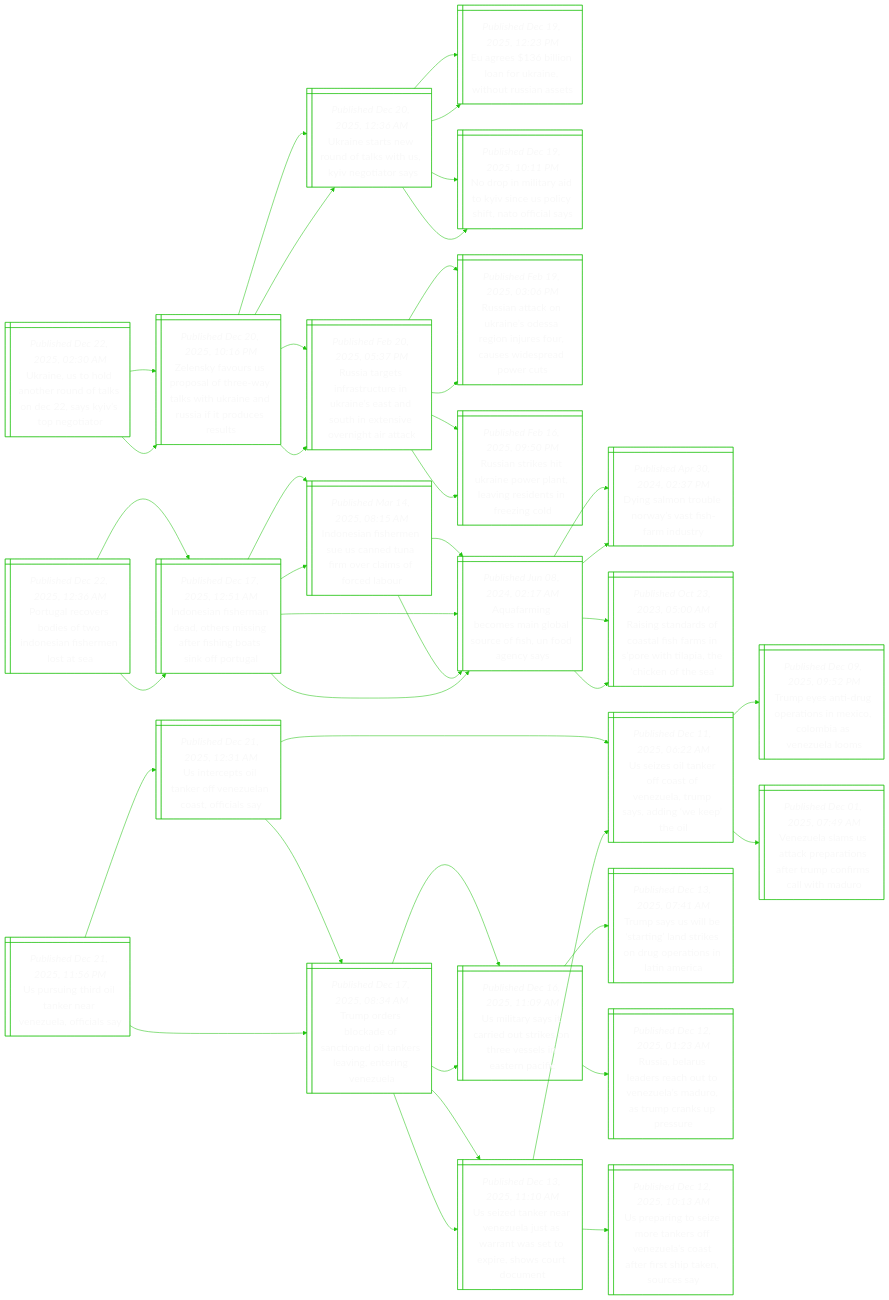
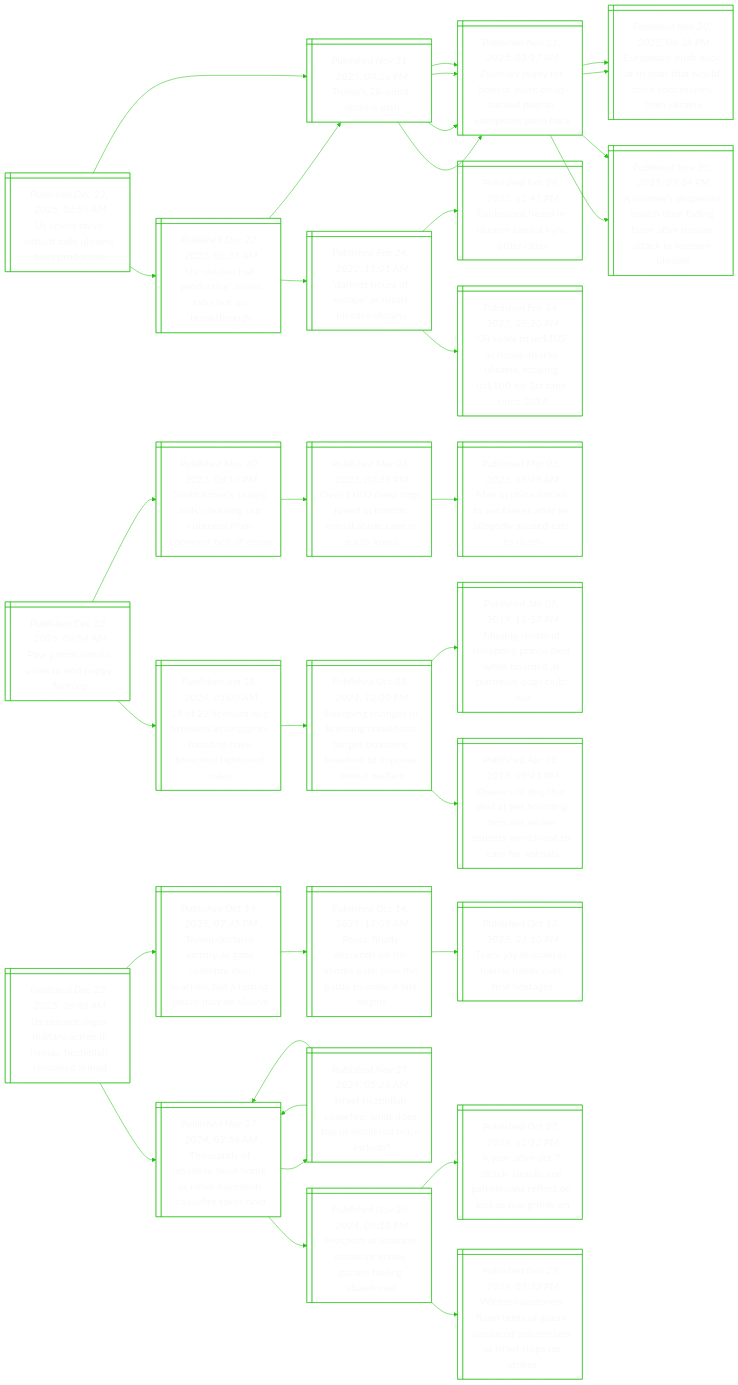
Before and after one commit to notJmes/notJmes: the diagram in README.md, drawn with Mermaid. The commit also changed other lines of this file, not shown here.

````diff
--- a/README.md
+++ b/README.md
@@ -16,136 +16,109 @@
 flowchart LR
 classDef txtsize font-size:20px;
 
-Unoaenanaiptr@{ shape: win-pane, label: "_Published Dec 22, 2025, 02:30 AM_
-Ukraine, us to hold another round of talks on dec 22, says kyiv’s top negotiator" }
-ZsvUpoetwkeuireu@{ shape: win-pane, label: "_Published Dec 20, 2025, 10:16 PM_
-Zelensky favours us proposal of three-way talks with ukraine and russia if it produces results" }
-Unrwdltygty@{ shape: win-pane, label: "_Published Dec 20, 2025, 12:36 AM_
-Ukraine starts new round of talks with us,  kyiv negotiator says" }
-Eelloaitis@{ shape: win-pane, label: "_Published Dec 19, 2025, 12:23 PM_
-Eu agrees $136 billion loan for ukraine, without russian assets" }
-NplyosUiiTis@{ shape: win-pane, label: "_Published Dec 19, 2025, 10:11 PM_
-No drop in military aid to kyiv since us policy shift, nato official says" }
-Raefrrketonnoiia@{ shape: win-pane, label: "_Published Feb 20, 2025, 05:37 PM_
-Russia targets infrastructure in ukraine’s east and south in extensive overnight air attack" }
-RaaUneeiereeaes@{ shape: win-pane, label: "_Published Feb 19, 2025, 03:06 PM_
-Russian attack on ukraine’s odessa region injures four, causes widespread power cuts" }
-Raiiaolegdiec@{ shape: win-pane, label: "_Published Feb 16, 2025, 09:50 PM_
-Russian strikes hit ukraine power plant, leaving residents in freezing cold" }
-ZsvUpoetwkeuireu@{ shape: win-pane, label: "_Published Dec 20, 2025, 10:16 PM_
-Zelensky favours us proposal of three-way talks with ukraine and russia if it produces results" }
-Unrwdltygty@{ shape: win-pane, label: "_Published Dec 20, 2025, 12:36 AM_
-Ukraine starts new round of talks with us,  kyiv negotiator says" }
-Eelloaitis@{ shape: win-pane, label: "_Published Dec 19, 2025, 12:23 PM_
-Eu agrees $136 billion loan for ukraine, without russian assets" }
-NplyosUiiTis@{ shape: win-pane, label: "_Published Dec 19, 2025, 10:11 PM_
-No drop in military aid to kyiv since us policy shift, nato official says" }
-Raefrrketonnoiia@{ shape: win-pane, label: "_Published Feb 20, 2025, 05:37 PM_
-Russia targets infrastructure in ukraine’s east and south in extensive overnight air attack" }
-RaaUneeiereeaes@{ shape: win-pane, label: "_Published Feb 19, 2025, 03:06 PM_
-Russian attack on ukraine’s odessa region injures four, causes widespread power cuts" }
-Raiiaolegdiec@{ shape: win-pane, label: "_Published Feb 16, 2025, 09:50 PM_
-Russian strikes hit ukraine power plant, leaving residents in freezing cold" }
+Uovkakesue@{ shape: win-pane, label: "_Published Dec 22, 2025, 06:56 AM_
+Us envoy steve witkoff calls ukraine talks productive" }
+Uaaoialter@{ shape: win-pane, label: "_Published Dec 22, 2025, 06:33 AM_
+Us, ukraine hail ‘productive’ miami talks but no breakthrough" }
+Tstia@{ shape: win-pane, label: "_Published Nov 21, 2025, 04:26 PM_
+Trump’s 28-point ukraine plan" }
+Zsarskbdaosb@{ shape: win-pane, label: "_Published Nov 21, 2025, 03:17 AM_
+Zelensky ready for ‘honest’ work on us-backed plan as europeans push back" }
+Zsarskbdaosb@{ shape: win-pane, label: "_Published Nov 21, 2025, 03:17 AM_
+Zelensky ready for ‘honest’ work on us-backed plan as europeans push back" }
+DsruasvUn@{ shape: win-pane, label: "_Published Feb 24, 2022, 11:01 AM_
+'darkest hours of europe' as russia invades ukraine" }
+Eshiaalocs@{ shape: win-pane, label: "_Published Feb 24, 2022, 12:41 PM_
+Explosions heard in ukraine capital kyiv, other cities" }
+OaUuakaogrmc@{ shape: win-pane, label: "_Published Feb 24, 2022, 05:20 PM_
+Oil soars to us$105 as russia attacks ukraine, topping us$100 for 1st time since 2014" }
+Tstia@{ shape: win-pane, label: "_Published Nov 21, 2025, 04:26 PM_
+Trump’s 28-point ukraine plan" }
+Zsarskbdaosb@{ shape: win-pane, label: "_Published Nov 21, 2025, 03:17 AM_
+Zelensky ready for ‘honest’ work on us-backed plan as europeans push back" }
+EeucStooosfke@{ shape: win-pane, label: "_Published Nov 20, 2025, 06:38 PM_
+Europeans push back at us plan that would force concessions from ukraine" }
+Atdretahfunceni@{ shape: win-pane, label: "_Published Nov 20, 2025, 09:24 PM_
+A relative’s desperate search then fading hope after russian attack in western ukraine" }
+Zsarskbdaosb@{ shape: win-pane, label: "_Published Nov 21, 2025, 03:17 AM_
+Zelensky ready for ‘honest’ work on us-backed plan as europeans push back" }
+EeucStooosfke@{ shape: win-pane, label: "_Published Nov 20, 2025, 06:38 PM_
+Europeans push back at us plan that would force concessions from ukraine" }
+Atdretahfunceni@{ shape: win-pane, label: "_Published Nov 20, 2025, 09:24 PM_
+A relative’s desperate search then fading hope after russian attack in western ukraine" }
 
-Unoaenanaiptr:::txtsize --> ZsvUpoetwkeuireu:::txtsize
-ZsvUpoetwkeuireu:::txtsize --> Unrwdltygty:::txtsize
-Unrwdltygty:::txtsize --> Eelloaitis:::txtsize
-Unrwdltygty:::txtsize --> NplyosUiiTis:::txtsize
-ZsvUpoetwkeuireu:::txtsize --> Raefrrketonnoiia:::txtsize
-Raefrrketonnoiia:::txtsize --> RaaUneeiereeaes:::txtsize
-Raefrrketonnoiia:::txtsize --> Raiiaolegdiec:::txtsize
-Unoaenanaiptr:::txtsize --> ZsvUpoetwkeuireu:::txtsize
-ZsvUpoetwkeuireu:::txtsize --> Unrwdltygty:::txtsize
-Unrwdltygty:::txtsize --> Eelloaitis:::txtsize
-Unrwdltygty:::txtsize --> NplyosUiiTis:::txtsize
-ZsvUpoetwkeuireu:::txtsize --> Raefrrketonnoiia:::txtsize
-Raefrrketonnoiia:::txtsize --> RaaUneeiereeaes:::txtsize
-Raefrrketonnoiia:::txtsize --> Raiiaolegdiec:::txtsize
+Uovkakesue:::txtsize --> Uaaoialter:::txtsize
+Uaaoialter:::txtsize --> Tstia:::txtsize
+Tstia:::txtsize --> Zsarskbdaosb:::txtsize
+Tstia:::txtsize --> Zsarskbdaosb:::txtsize
+Uaaoialter:::txtsize --> DsruasvUn:::txtsize
+DsruasvUn:::txtsize --> Eshiaalocs:::txtsize
+DsruasvUn:::txtsize --> OaUuakaogrmc:::txtsize
+Uovkakesue:::txtsize --> Tstia:::txtsize
+Tstia:::txtsize --> Zsarskbdaosb:::txtsize
+Zsarskbdaosb:::txtsize --> EeucStooosfke:::txtsize
+Zsarskbdaosb:::txtsize --> Atdretahfunceni:::txtsize
+Tstia:::txtsize --> Zsarskbdaosb:::txtsize
+Zsarskbdaosb:::txtsize --> EeucStooosfke:::txtsize
+Zsarskbdaosb:::txtsize --> Atdretahfunceni:::txtsize
 
-Pgcsewoahna@{ shape: win-pane, label: "_Published Dec 22, 2025, 12:36 AM_
-Portugal recovers bodies of two indonesian fishermen lost at sea" }
-IefrehigrianPg@{ shape: win-pane, label: "_Published Dec 17, 2025, 12:51 AM_
-Indonesian fisherman dead, others missing after fishing boats sink off portugal" }
-Iefruatieifdu@{ shape: win-pane, label: "_Published Mar 14, 2025, 08:15 AM_
-Indonesian fishermen sue us canned tuna firm over claims of forced labour" }
-AagmibufUdcs@{ shape: win-pane, label: "_Published Jun 08, 2024, 02:17 AM_
-Aquafarming becomes main global source of fish, un food agency says" }
-AagmibufUdcs@{ shape: win-pane, label: "_Published Jun 08, 2024, 02:17 AM_
-Aquafarming becomes main global source of fish, un food agency says" }
-Dsnbrviru@{ shape: win-pane, label: "_Published Apr 30, 2024, 02:37 PM_
-Dying salmon trouble norway’s vast fish-farm industry" }
-Rnnsafaneticeh@{ shape: win-pane, label: "_Published Oct 23, 2023, 05:00 AM_
-Raising standards of coastal fish farms in s’pore with tilapia, the ‘chicken of the sea’" }
-IefrehigrianPg@{ shape: win-pane, label: "_Published Dec 17, 2025, 12:51 AM_
-Indonesian fisherman dead, others missing after fishing boats sink off portugal" }
-Iefruatieifdu@{ shape: win-pane, label: "_Published Mar 14, 2025, 08:15 AM_
-Indonesian fishermen sue us canned tuna firm over claims of forced labour" }
-AagmibufUdcs@{ shape: win-pane, label: "_Published Jun 08, 2024, 02:17 AM_
-Aquafarming becomes main global source of fish, un food agency says" }
-AagmibufUdcs@{ shape: win-pane, label: "_Published Jun 08, 2024, 02:17 AM_
-Aquafarming becomes main global source of fish, un food agency says" }
-Dsnbrviru@{ shape: win-pane, label: "_Published Apr 30, 2024, 02:37 PM_
-Dying salmon trouble norway’s vast fish-farm industry" }
-Rnnsafaneticeh@{ shape: win-pane, label: "_Published Oct 23, 2023, 05:00 AM_
-Raising standards of coastal fish farms in s’pore with tilapia, the ‘chicken of the sea’" }
+Ptrntpfn@{ shape: win-pane, label: "_Published Dec 22, 2025, 06:54 AM_
+Paw patrol: britain vows to end puppy farming" }
+SKsysnuefootu@{ shape: win-pane, label: "_Published May 30, 2023, 08:16 PM_
+South korea’s ‘puppy mills’ churning out cuteness from conveyor belt of abuse" }
+Oegnoimusoo@{ shape: win-pane, label: "_Published Mar 06, 2023, 03:35 PM_
+Over 1,000 dead dogs found in horrific animal abuse case in south korea" }
+MCfdteelduad@{ shape: win-pane, label: "_Published Mar 05, 2023, 08:49 AM_
+Man in china forced to eat faeces after he allegedly abused cats to death" }
+oedesnrnaedtr@{ shape: win-pane, label: "_Published Jun 18, 2024, 05:00 AM_
+19 of 22 licensed dog breeders in singapore found to have breached tightened rules" }
+Siaiegiserbeivml@{ shape: win-pane, label: "_Published Oct 08, 2021, 12:00 PM_
+Sweeping changes in licensing conditions for pet boarders, breeders to improve animal welfare" }
+MntsdiiiaatmCV@{ shape: win-pane, label: "_Published Jan 09, 2019, 12:57 PM_
+Missing shetland sheepdog prince died while boarded at platinium dogs club: ava" }
+Osgdtonmwotedral@{ shape: win-pane, label: "_Published Apr 30, 2019, 09:41 PM_
+Owners of dog that died at pet boarding firm not aware tourists were hired to care for animals" }
 
-Pgcsewoahna:::txtsize --> IefrehigrianPg:::txtsize
-IefrehigrianPg:::txtsize --> Iefruatieifdu:::txtsize
-Iefruatieifdu:::txtsize --> AagmibufUdcs:::txtsize
-IefrehigrianPg:::txtsize --> AagmibufUdcs:::txtsize
-AagmibufUdcs:::txtsize --> Dsnbrviru:::txtsize
-AagmibufUdcs:::txtsize --> Rnnsafaneticeh:::txtsize
-Pgcsewoahna:::txtsize --> IefrehigrianPg:::txtsize
-IefrehigrianPg:::txtsize --> Iefruatieifdu:::txtsize
-Iefruatieifdu:::txtsize --> AagmibufUdcs:::txtsize
-IefrehigrianPg:::txtsize --> AagmibufUdcs:::txtsize
-AagmibufUdcs:::txtsize --> Dsnbrviru:::txtsize
-AagmibufUdcs:::txtsize --> Rnnsafaneticeh:::txtsize
+Ptrntpfn:::txtsize --> SKsysnuefootu:::txtsize
+SKsysnuefootu:::txtsize --> Oegnoimusoo:::txtsize
+Oegnoimusoo:::txtsize --> MCfdteelduad:::txtsize
+Ptrntpfn:::txtsize --> oedesnrnaedtr:::txtsize
+oedesnrnaedtr:::txtsize --> Siaiegiserbeivml:::txtsize
+Siaiegiserbeivml:::txtsize --> MntsdiiiaatmCV:::txtsize
+Siaiegiserbeivml:::txtsize --> Osgdtonmwotedral:::txtsize
 
-Ustonenlis@{ shape: win-pane, label: "_Published Dec 21, 2025, 11:56 PM_
-Us pursuing third oil tanker near venezuela, officials say" }
-Uettreeofay@{ shape: win-pane, label: "_Published Dec 21, 2025, 12:31 AM_
-Us intercepts oil tanker off venezuelan coast, officials say" }
-Uzlecoeapageo@{ shape: win-pane, label: "_Published Dec 11, 2025, 06:22 AM_
-Us seizes oil tanker off coast of venezuela, trump says, adding ‘we keep’ the oil" }
-TenurneCbVuo@{ shape: win-pane, label: "_Published Dec 09, 2025, 09:52 PM_
-Trump eyes anti-drug operations in mexico, colombia as venezuela looms" }
-VulScpifromlMo@{ shape: win-pane, label: "_Published Dec 01, 2025, 07:49 AM_
-Venezuela slams us attack preparations after trump confirms call with maduro" }
-Toskftdasitgz@{ shape: win-pane, label: "_Published Dec 17, 2025, 08:34 AM_
-Trump orders blockade of sanctioned oil tankers leaving, entering venezuela" }
-Uistitktvlanf@{ shape: win-pane, label: "_Published Dec 16, 2025, 11:09 AM_
-Us military says it carried out strikes on three vessels in eastern pacific" }
-Uznenltrwtphoon@{ shape: win-pane, label: "_Published Dec 13, 2025, 11:10 AM_
-Us seized tanker near venezuela just as warrant was set to expire, shows court document" }
-Toskftdasitgz@{ shape: win-pane, label: "_Published Dec 17, 2025, 08:34 AM_
-Trump orders blockade of sanctioned oil tankers leaving, entering venezuela" }
-Uistitktvlanf@{ shape: win-pane, label: "_Published Dec 16, 2025, 11:09 AM_
-Us military says it carried out strikes on three vessels in eastern pacific" }
-TsSbrltsurnama@{ shape: win-pane, label: "_Published Dec 13, 2025, 07:41 AM_
-Trump says us will be ‘starting’ land strikes on drug operations in latin america" }
-RararoVuMouaps@{ shape: win-pane, label: "_Published Dec 12, 2025, 01:23 AM_
-Russia, belarus leaders reach out to venezuela’s maduro, as trump cranks up pressure" }
-Uznenltrwtphoon@{ shape: win-pane, label: "_Published Dec 13, 2025, 11:10 AM_
-Us seized tanker near venezuela just as warrant was set to expire, shows court document" }
-Uzlecoeapageo@{ shape: win-pane, label: "_Published Dec 11, 2025, 06:22 AM_
-Us seizes oil tanker off coast of venezuela, trump says, adding ‘we keep’ the oil" }
-Upgirkfeasespncy@{ shape: win-pane, label: "_Published Dec 12, 2025, 10:13 AM_
-Us preparing to seize more tankers off venezuela’s coast after first ship taken, sources say" }
+UaririHHleee@{ shape: win-pane, label: "_Published Dec 22, 2025, 06:46 AM_
+Us senator urges military action if hamas, hezbollah remained armed" }
+Tdrcaaededlncbs@{ shape: win-pane, label: "_Published Oct 14, 2025, 07:45 PM_
+Trump declares victory as gaza ceasefire deal reached, but a lasting peace may be elusive" }
+PflcoMeNelale@{ shape: win-pane, label: "_Published Oct 14, 2025, 12:05 AM_
+Peace finally descends on the middle east: now the battle to make it last begins" }
+TjIlmnest@{ shape: win-pane, label: "_Published Oct 13, 2025, 03:10 PM_
+Tears, joy in israel as hamas hands over first hostages" }
+TafnemsHleikl@{ shape: win-pane, label: "_Published Nov 27, 2024, 02:56 AM_
+Thousands of lebanese head home as israel-hezbollah ceasefire takes hold" }
+IlocfheUktid@{ shape: win-pane, label: "_Published Nov 27, 2024, 05:28 AM_
+Israel-hezbollah ceasefire: what does the us-brokered truce include?" }
+TafnemsHleikl@{ shape: win-pane, label: "_Published Nov 27, 2024, 02:56 AM_
+Thousands of lebanese head home as israel-hezbollah ceasefire takes hold" }
+TafnemsHleikl@{ shape: win-pane, label: "_Published Nov 27, 2024, 02:56 AM_
+Thousands of lebanese head home as israel-hezbollah ceasefire takes hold" }
+PeLoseeaeao@{ shape: win-pane, label: "_Published Nov 26, 2024, 07:13 PM_
+Prospect of lebanon ceasefire leaves gazans feeling abandoned" }
+AaOtsiPtnlnags@{ shape: win-pane, label: "_Published Oct 07, 2024, 12:12 PM_
+A year after oct 7 attack: israelis and palestinians reflect on loss as war grinds on" }
+Wrssdszseeisepts@{ shape: win-pane, label: "_Published Nov 25, 2024, 09:33 PM_
+Winter rainstorms flood tents of gaza’s displaced palestinians as israel steps up strikes" }
 
-Ustonenlis:::txtsize --> Uettreeofay:::txtsize
-Uettreeofay:::txtsize --> Uzlecoeapageo:::txtsize
-Uzlecoeapageo:::txtsize --> TenurneCbVuo:::txtsize
-Uzlecoeapageo:::txtsize --> VulScpifromlMo:::txtsize
-Uettreeofay:::txtsize --> Toskftdasitgz:::txtsize
-Toskftdasitgz:::txtsize --> Uistitktvlanf:::txtsize
-Toskftdasitgz:::txtsize --> Uznenltrwtphoon:::txtsize
-Ustonenlis:::txtsize --> Toskftdasitgz:::txtsize
-Toskftdasitgz:::txtsize --> Uistitktvlanf:::txtsize
-Uistitktvlanf:::txtsize --> TsSbrltsurnama:::txtsize
-Uistitktvlanf:::txtsize --> RararoVuMouaps:::txtsize
-Toskftdasitgz:::txtsize --> Uznenltrwtphoon:::txtsize
-Uznenltrwtphoon:::txtsize --> Uzlecoeapageo:::txtsize
-Uznenltrwtphoon:::txtsize --> Upgirkfeasespncy:::txtsize
+UaririHHleee:::txtsize --> Tdrcaaededlncbs:::txtsize
+Tdrcaaededlncbs:::txtsize --> PflcoMeNelale:::txtsize
+PflcoMeNelale:::txtsize --> TjIlmnest:::txtsize
+UaririHHleee:::txtsize --> TafnemsHleikl:::txtsize
+TafnemsHleikl:::txtsize --> IlocfheUktid:::txtsize
+IlocfheUktid:::txtsize --> TafnemsHleikl:::txtsize
+IlocfheUktid:::txtsize --> TafnemsHleikl:::txtsize
+TafnemsHleikl:::txtsize --> PeLoseeaeao:::txtsize
+PeLoseeaeao:::txtsize --> AaOtsiPtnlnags:::txtsize
+PeLoseeaeao:::txtsize --> Wrssdszseeisepts:::txtsize
 
 ```
````
